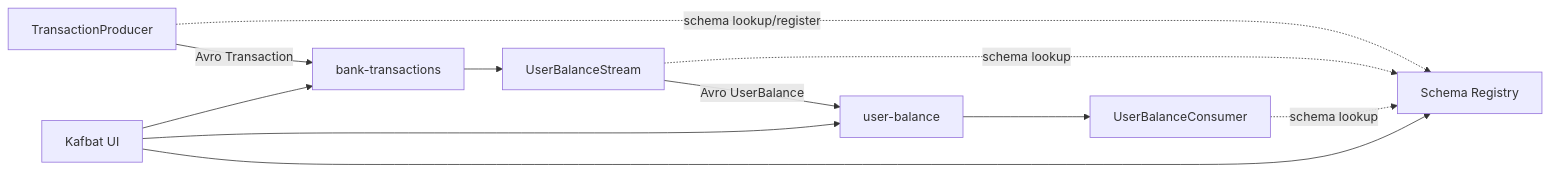
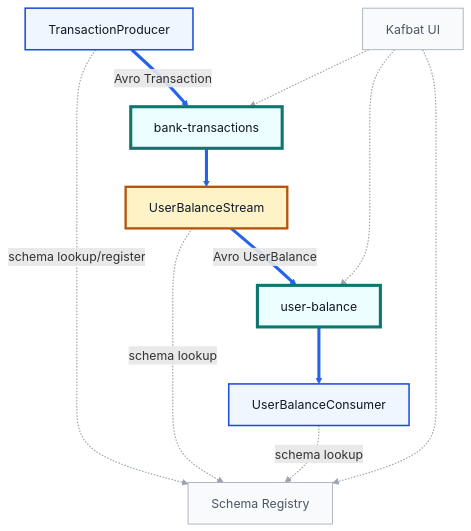
The diagram in README.md (YukiUmetsu/kafka-streams-bank-balance-demo), drawn with Mermaid before and after one commit.

````diff
--- a/README.md
+++ b/README.md
@@ -17,23 +17,42 @@
 ```mermaid
-flowchart LR
+flowchart TB
     P[TransactionProducer]
     IT[bank-transactions]
     S[UserBalanceStream]
     OT[user-balance]
     C[UserBalanceConsumer]
     SR[Schema Registry]
     UI[Kafbat UI]
 
     P -->|Avro Transaction| IT
     IT --> S
     S -->|Avro UserBalance| OT
     OT --> C
 
     P -.->|schema lookup/register| SR
     S -.->|schema lookup| SR
     C -.->|schema lookup| SR
 
-    UI --> IT
-    UI --> OT
-    UI --> SR
+    UI -.-> IT
+    UI -.-> OT
+    UI -.-> SR
+
+    style P fill:#eff6ff,stroke:#1d4ed8,stroke-width:2px,color:#111827
+    style C fill:#eff6ff,stroke:#1d4ed8,stroke-width:2px,color:#111827
+    style IT fill:#ecfeff,stroke:#0f766e,stroke-width:4px,color:#111827
+    style OT fill:#ecfeff,stroke:#0f766e,stroke-width:4px,color:#111827
+    style S fill:#fef3c7,stroke:#b45309,stroke-width:3px,color:#111827
+    style SR fill:#f9fafb,stroke:#9ca3af,stroke-width:1px,color:#4b5563
+    style UI fill:#f9fafb,stroke:#9ca3af,stroke-width:1px,color:#4b5563
+
+    linkStyle 0 stroke:#2563eb,stroke-width:4px
+    linkStyle 1 stroke:#2563eb,stroke-width:4px
+    linkStyle 2 stroke:#2563eb,stroke-width:4px
+    linkStyle 3 stroke:#2563eb,stroke-width:4px
+    linkStyle 4 stroke:#9ca3af,stroke-width:1.5px
+    linkStyle 5 stroke:#9ca3af,stroke-width:1.5px
+    linkStyle 6 stroke:#9ca3af,stroke-width:1.5px
+    linkStyle 7 stroke:#9ca3af,stroke-width:1.5px
+    linkStyle 8 stroke:#9ca3af,stroke-width:1.5px
+    linkStyle 9 stroke:#9ca3af,stroke-width:1.5px
 ```
````
